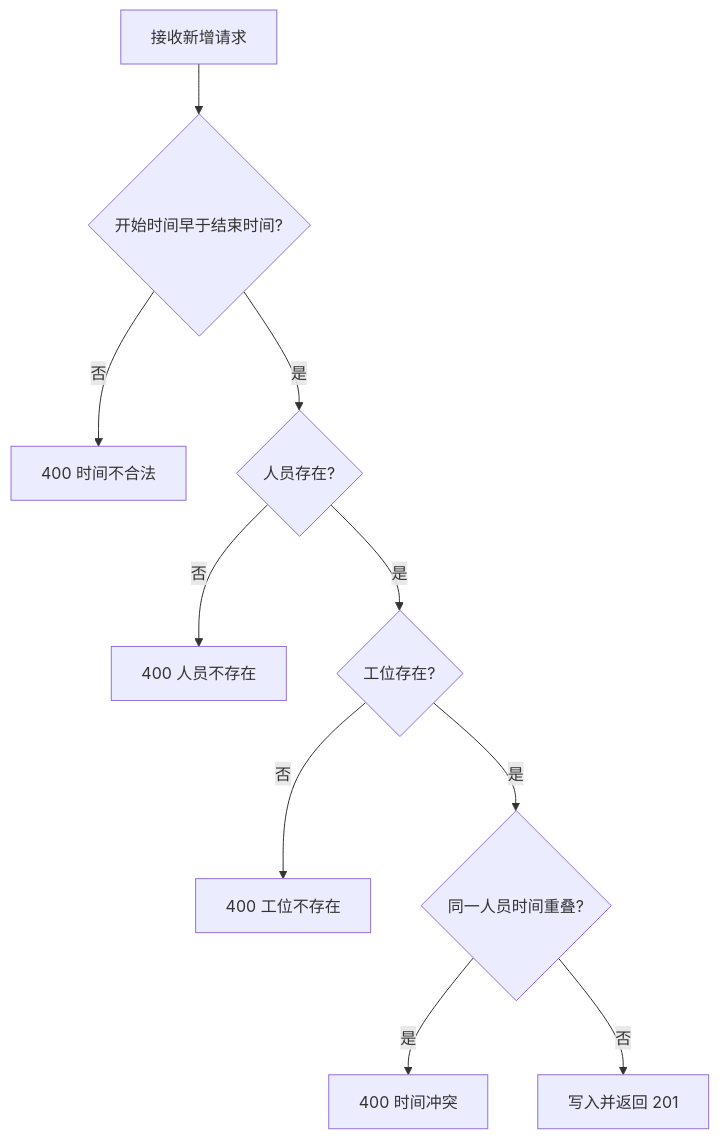
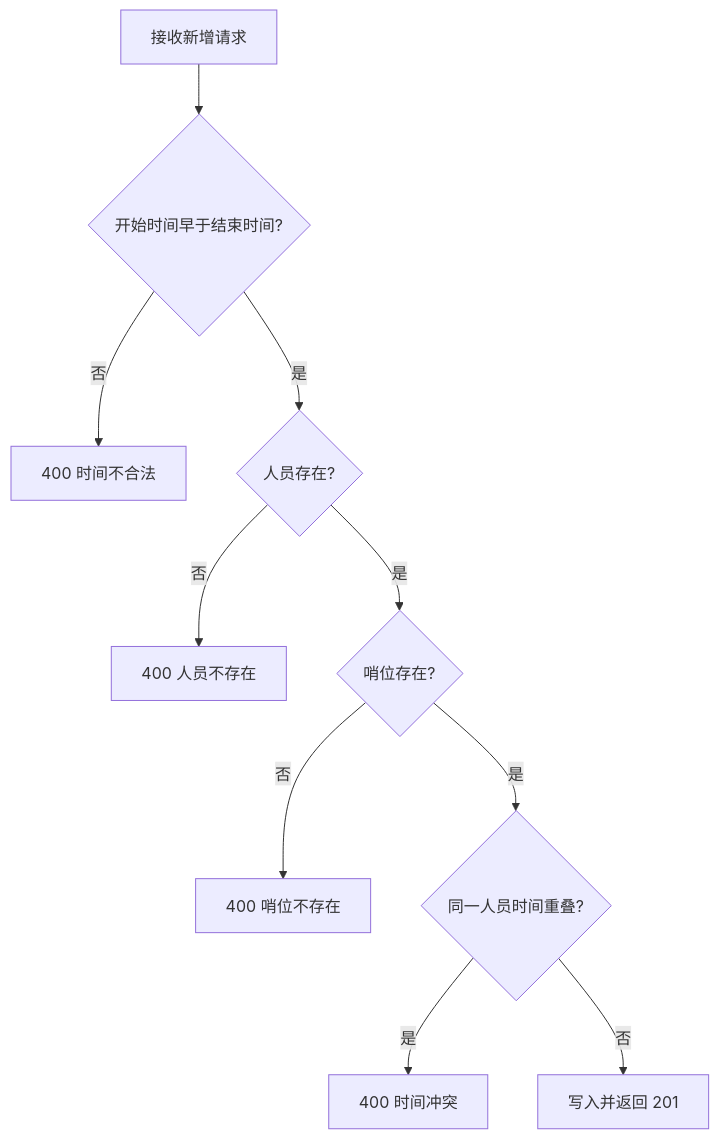
One commit to PrinZzzzjn/software-engineering-textbook changed the diagram in 软件工程实践-2.0/10-业务模块-规则描述.md. Above: the diagram before and after it, drawn with Mermaid. The commit also changed other lines of this file and 78 other files, not shown here.

````diff
--- a/软件工程实践-2.0/10-业务模块-规则描述.md
+++ b/软件工程实践-2.0/10-业务模块-规则描述.md
@@ -165,12 +161,12 @@
 ```mermaid
 flowchart TD
     A[接收新增请求] --> B{开始时间早于结束时间?}
     B -- 否 --> E1[400 时间不合法]
     B -- 是 --> C{人员存在?}
     C -- 否 --> E2[400 人员不存在]
-    C -- 是 --> D{工位存在?}
-    D -- 否 --> E3[400 工位不存在]
+    C -- 是 --> D{哨位存在?}
+    D -- 否 --> E3[400 哨位不存在]
     D -- 是 --> F{同一人员时间重叠?}
     F -- 是 --> E4[400 时间冲突]
     F -- 否 --> G[写入并返回 201]
 ```
````
